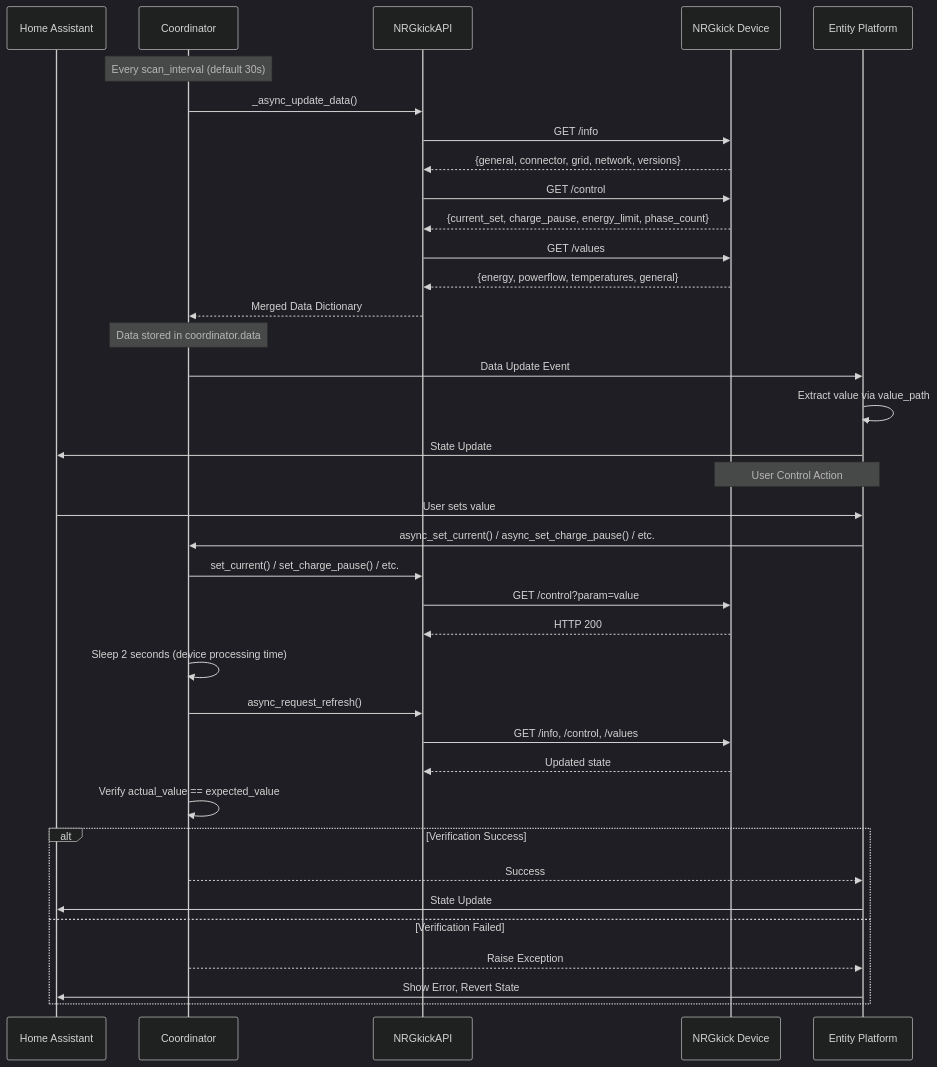
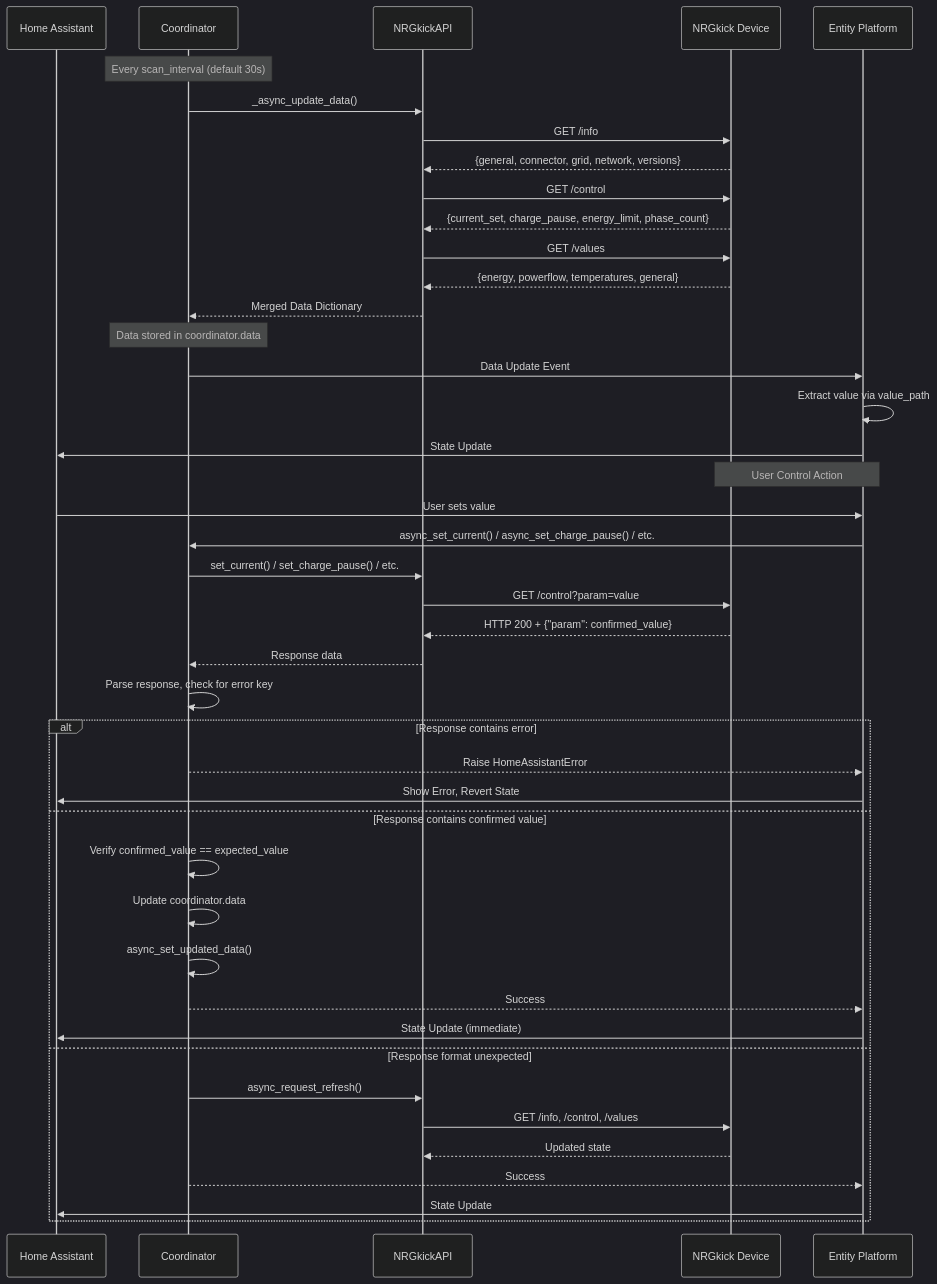
The second of 8 diagrams in ARCHITECTURE.md (andijakl/nrgkick-homeassistant), drawn with Mermaid (dark theme) before and after one commit. The commit also changed other lines of this file and 1 other file, not shown here.

Commit message:
Update documentation to reflect latest changes in control command handling

````diff
--- a/ARCHITECTURE.md
+++ b/ARCHITECTURE.md
@@ -88,45 +88,51 @@
 ```mermaid
 sequenceDiagram
     participant HA as Home Assistant
     participant Coord as Coordinator
     participant API as NRGkickAPI
     participant Device as NRGkick Device
     participant Entity as Entity Platform
 
     Note over Coord: Every scan_interval (default 30s)
 
     Coord->>API: _async_update_data()
     API->>Device: GET /info
     Device-->>API: {general, connector, grid, network, versions}
     API->>Device: GET /control
     Device-->>API: {current_set, charge_pause, energy_limit, phase_count}
     API->>Device: GET /values
     Device-->>API: {energy, powerflow, temperatures, general}
 
     API-->>Coord: Merged Data Dictionary
 
     Note over Coord: Data stored in coordinator.data
 
     Coord->>Entity: Data Update Event
     Entity->>Entity: Extract value via value_path
     Entity->>HA: State Update
 
     Note over Entity,Device: User Control Action
     HA->>Entity: User sets value
     Entity->>Coord: async_set_current() / async_set_charge_pause() / etc.
     Coord->>API: set_current() / set_charge_pause() / etc.
     API->>Device: GET /control?param=value
-    Device-->>API: HTTP 200
-    Coord->>Coord: Sleep 2 seconds (device processing time)
-    Coord->>API: async_request_refresh()
-    API->>Device: GET /info, /control, /values
-    Device-->>API: Updated state
-    Coord->>Coord: Verify actual_value == expected_value
-    alt Verification Success
+    Device-->>API: HTTP 200 + {"param": confirmed_value}
+    API-->>Coord: Response data
+    Coord->>Coord: Parse response, check for error key
+    alt Response contains error
+        Coord-->>Entity: Raise HomeAssistantError
+        Entity->>HA: Show Error, Revert State
+    else Response contains confirmed value
+        Coord->>Coord: Verify confirmed_value == expected_value
+        Coord->>Coord: Update coordinator.data
+        Coord->>Coord: async_set_updated_data()
+        Coord-->>Entity: Success
+        Entity->>HA: State Update (immediate)
+    else Response format unexpected
+        Coord->>API: async_request_refresh()
+        API->>Device: GET /info, /control, /values
+        Device-->>API: Updated state
         Coord-->>Entity: Success
         Entity->>HA: State Update
-    else Verification Failed
-        Coord-->>Entity: Raise Exception
-        Entity->>HA: Show Error, Revert State
     end
 ```
````
